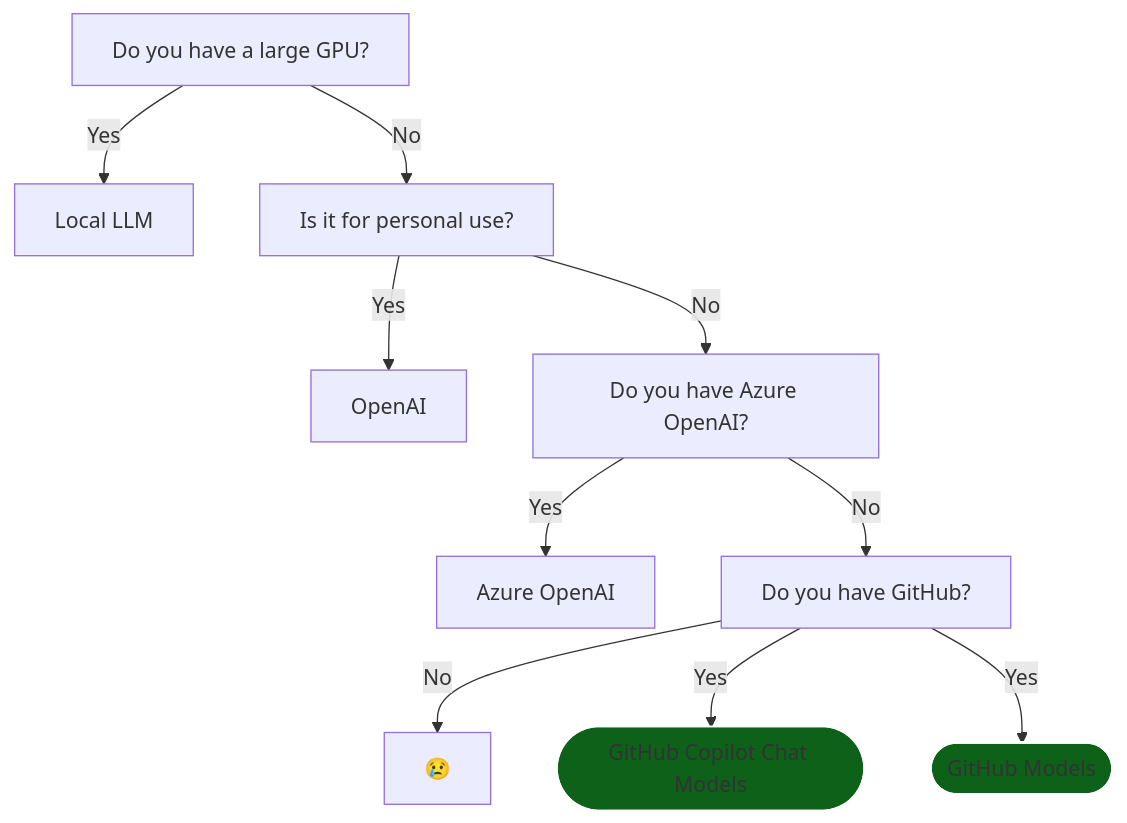
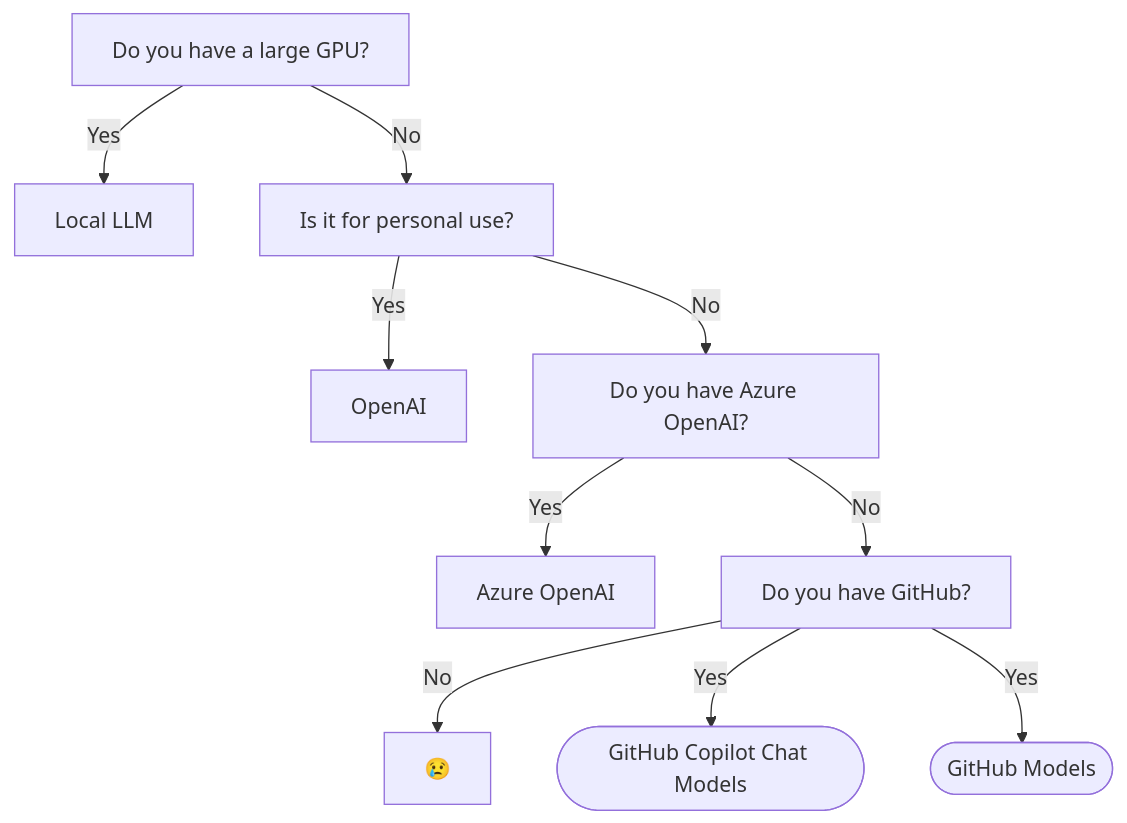
The diagram in slides/pages/tokens.md (microsoft/genaiscript), drawn with Mermaid before and after one commit.

Commit message:
removed style

````diff
--- a/slides/pages/tokens.md
+++ b/slides/pages/tokens.md
@@ -3,14 +3,12 @@
 ```mermaid {scale: 0.9}
 flowchart TD
     A[Do you have a large GPU?] -->|Yes| B[Local LLM]
     A -->|No| C[Is it for personal use?]
     C -->|Yes| D[OpenAI]
     C -->|No| E[Do you have Azure OpenAI?]
     E -->|Yes| F[Azure OpenAI]
     E -->|No| G[Do you have GitHub?]
     G -->|No| K[😢]
     G -->|Yes| I([GitHub Copilot Chat Models])
     G -->|Yes| H([GitHub Models])
-    style I fill:#0e6119,stroke:#fff
-    style H fill:#0e6119,stroke:#fff,stroke-width:2px
 ```
````
